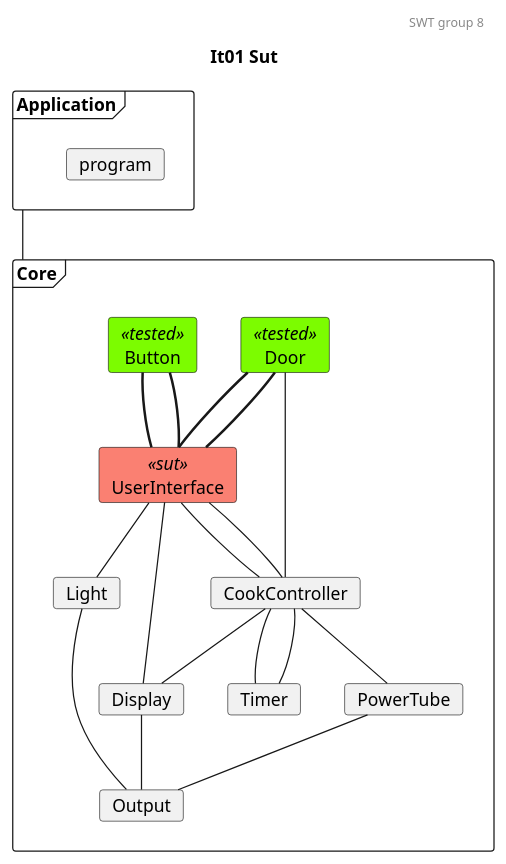
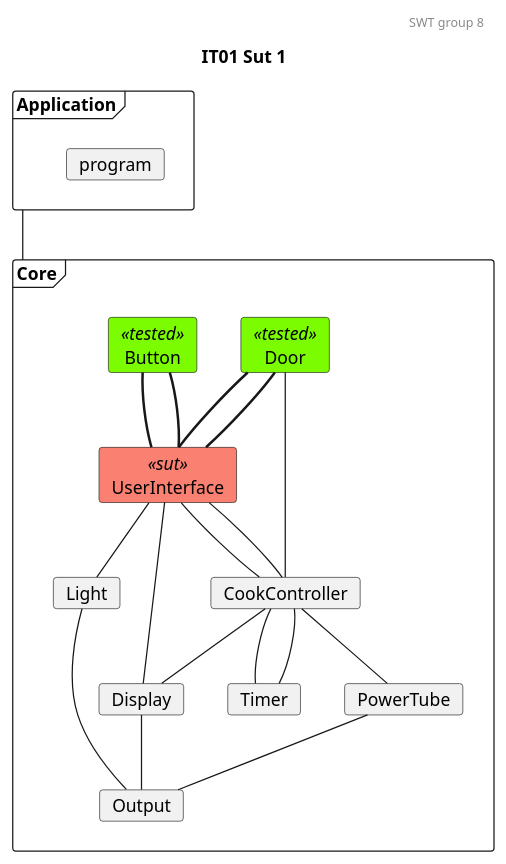
Before and after one commit to mikkel-ol/I4SWT-MicrowaveOven: the diagram in docs/SysTestTree1.plantuml, drawn with PlantUML. The commit also changed 9 other files, not shown here.

Commit message:
Update plantuml names and add images

```diff
--- a/docs/SysTestTree1.plantuml
+++ b/docs/SysTestTree1.plantuml
@@ -1,77 +1,77 @@
 @startuml
 
 'Testing colors:
 skinparam card{
     backgroundColor<<tested>> lawngreen
     backgroundColor<<sut>> salmon
     backgroundColor<<test>> salmon
     backgroundColor<<fake>> gold
 }
 
 header SWT group 8
-title It01 Sut
+title IT01 Sut 1
 
 frame Application{
     card program
 }
 
 frame Core{
 '0.
     card Door<<tested>>
     card Button<<tested>>
 
 '1.
     card UserInterface<<sut>>
 
 '2.
     card CookController
     card Light
 
 '3.
     card Timer
     card PowerTube
     card Display
 
 '4 
     card Output
 
 
 }
 Application -- Core
 
 'Relations projects
 ' 0. to 1.
 Door -[thickness=2]- UserInterface
 Door -[thickness=2]- UserInterface
 
 Button -[thickness=2]- UserInterface
 Button -[thickness=2]- UserInterface
 
 
 'Relations CookController:
 '1.
 UserInterface -- CookController
 UserInterface -- CookController
 '1. to 2.
 Door -- CookController
 
 
 CookController -- PowerTube
 
 '1. to 2.
 UserInterface -- Display
 UserInterface -- Light
 CookController -- Display
 
 CookController -- Timer
 CookController -- Timer 
 
 
 ' Relations 2. to 3.
 Light -- Output
 Display -- Output
 PowerTube -- Output
 
 
 
 @enduml
```
